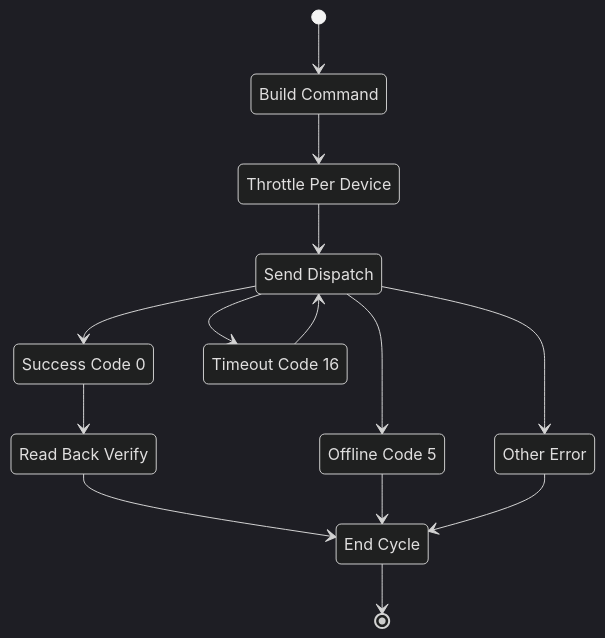
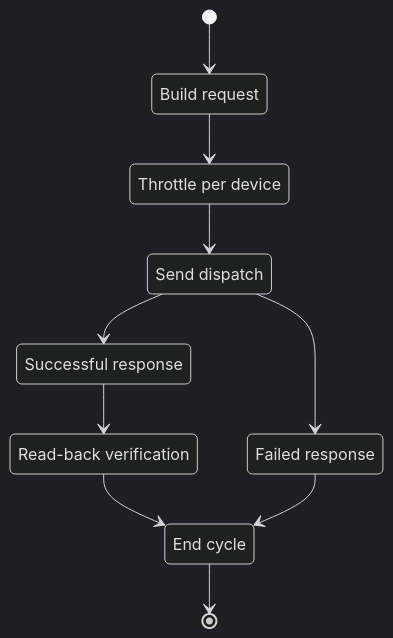
Before and after one commit to EugeneJian/growatt-unified-api: the diagram in Growatt API/OPENAPI/05_api_device_dispatch.md, drawn with Mermaid (dark theme). The commit also changed other lines of this file and 26 other files, not shown here.

````diff
--- a/Growatt API/OPENAPI/05_api_device_dispatch.md
+++ b/Growatt API/OPENAPI/05_api_device_dispatch.md
@@ -17,27 +22,21 @@
 ```mermaid
 %% 本代码严格遵循AI生成Mermaid代码的终极准则v4.1（Mermaid终极大师）
 stateDiagram-v2
     [*] --> Build
-    state "Build Command" as Build
-    state "Throttle Per Device" as Throttle
-    state "Send Dispatch" as Send
-    state "Success Code 0" as Success
-    state "Timeout Code 16" as Timeout
-    state "Offline Code 5" as Offline
-    state "Other Error" as Error
-    state "Read Back Verify" as Verify
-    state "End Cycle" as EndCycle
+    state "Build request" as Build
+    state "Throttle per device" as Throttle
+    state "Send dispatch" as Send
+    state "Successful response" as Success
+    state "Failed response" as Error
+    state "Read-back verification" as Verify
+    state "End cycle" as EndCycle
 
     Build --> Throttle
     Throttle --> Send
     Send --> Success
-    Send --> Timeout
-    Send --> Offline
     Send --> Error
     Success --> Verify
     Verify --> EndCycle
-    Timeout --> Send
-    Offline --> EndCycle
     Error --> EndCycle
     EndCycle --> [*]
 ```
````
